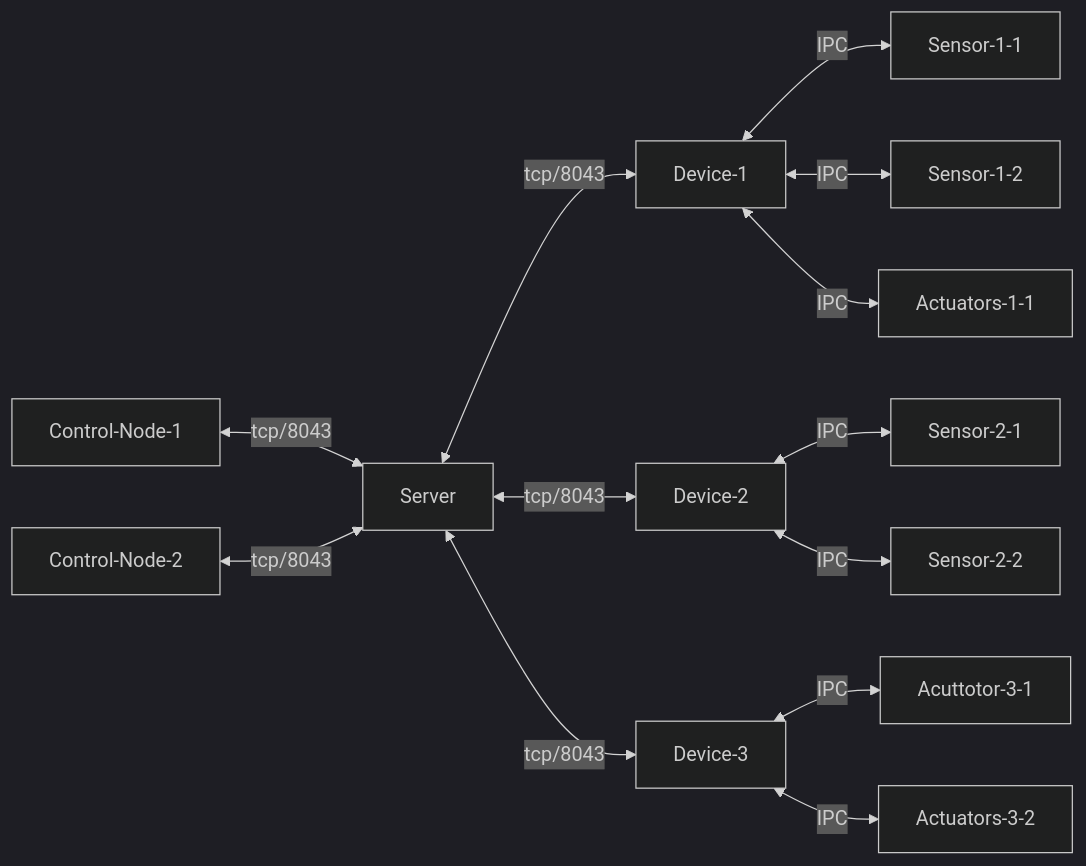
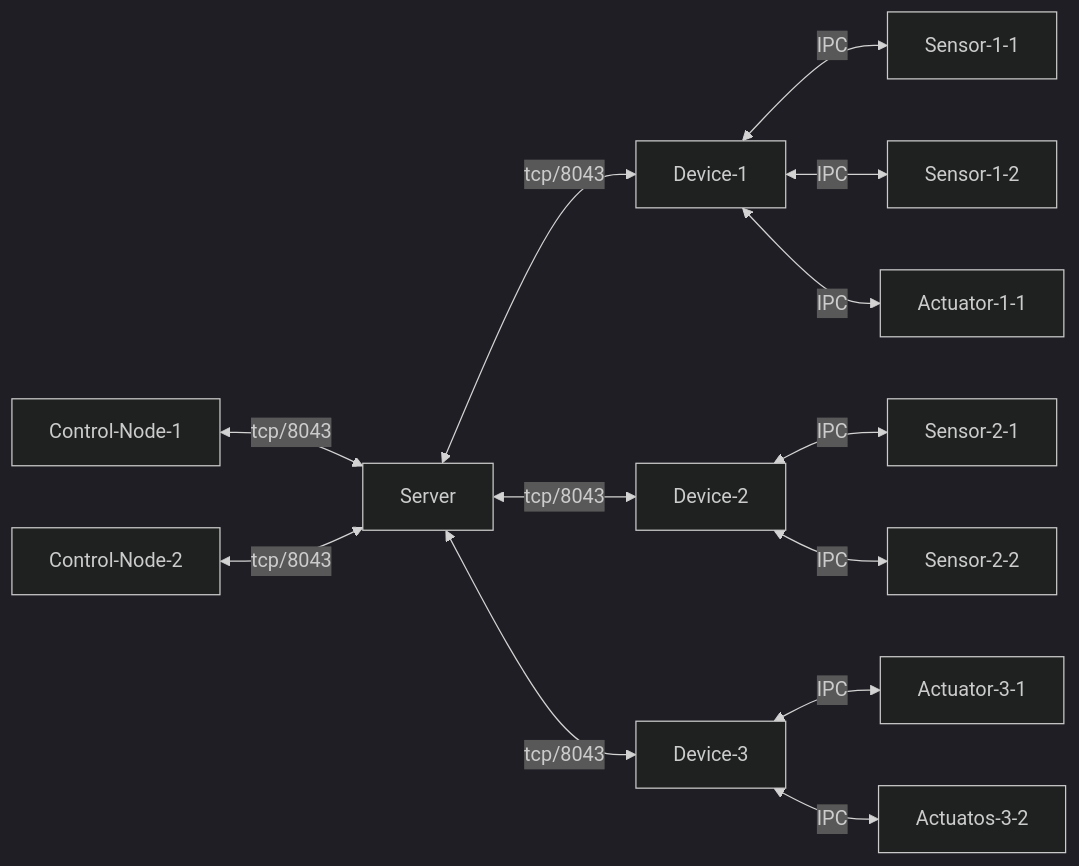
The first of 4 diagrams in docs/protocol.md (Vivax-School-Ntnu/IDATA2034-exam), drawn with Mermaid (dark theme) before and after one commit. The commit also changed other lines of this file, not shown here.

Commit message:
describe rest of device <-> server, for sensors

````diff
--- a/docs/protocol.md
+++ b/docs/protocol.md
@@ -25,10 +25,10 @@
 ```mermaid
 flowchart LR
     S[Server]
     Control-Node-1 & Control-Node-2 <-- tcp/8043 --> S
     S <-- tcp/8043 --> Device-1 & Device-2 & Device-3
 
-    Device-1 <-- IPC --> Sensor-1-1 & Sensor-1-2 & Actuators-1-1
+    Device-1 <-- IPC --> Sensor-1-1 & Sensor-1-2 & Actuator-1-1
     Device-2 <-- IPC --> Sensor-2-1 & Sensor-2-2
-    Device-3 <-- IPC --> Acuttotor-3-1 & Actuators-3-2
+    Device-3 <-- IPC --> Actuator-3-1 & Actuatos-3-2
 ```
````
